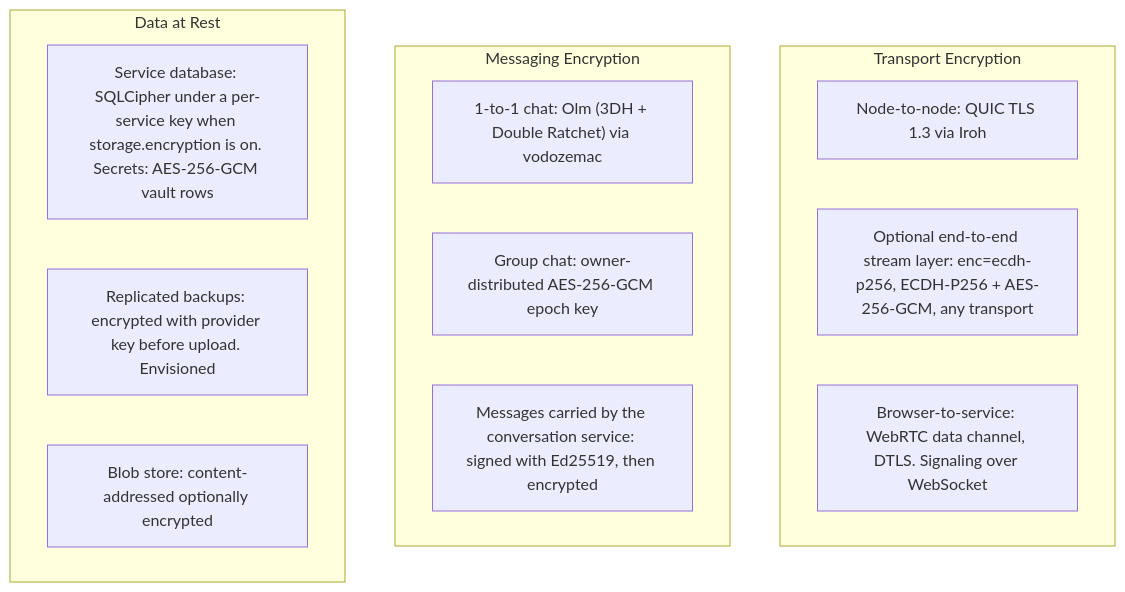
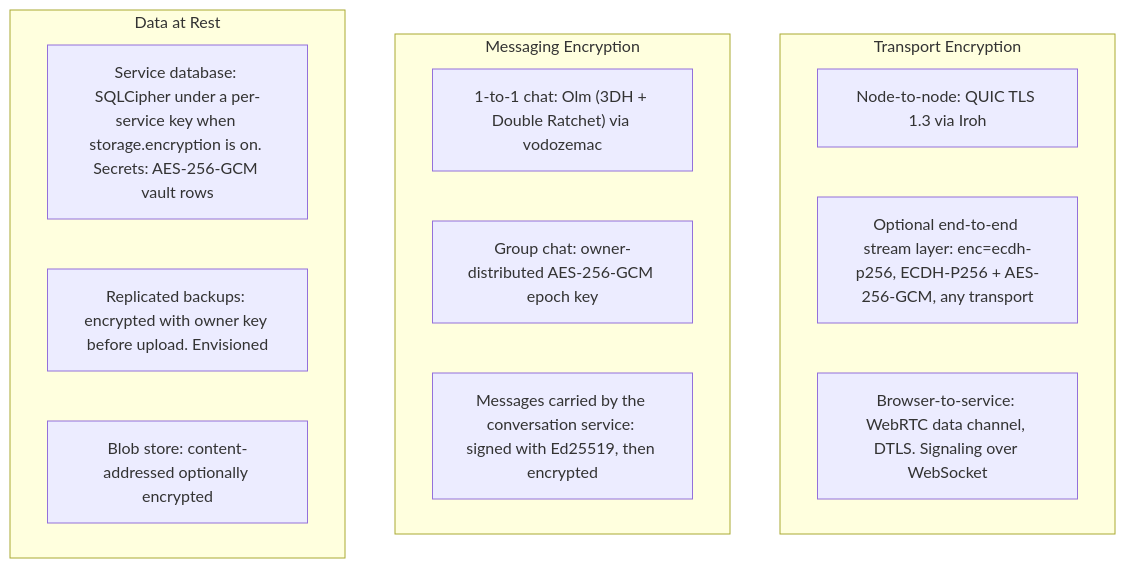
One commit to syneroym/syneroym changed diagram 22 of 23 in docs/system-architecture.md. Above: the diagram before and after it, drawn with Mermaid. The commit also changed other lines of this file and 106 other files, not shown here.

````diff
--- a/docs/system-architecture.md
+++ b/docs/system-architecture.md
@@ -1598,20 +1598,20 @@
 ```mermaid
 flowchart TD
     subgraph TRANSPORT["Transport Encryption"]
         T1[Node-to-node: QUIC TLS 1.3 via Iroh]
         T2[Optional end-to-end stream layer: enc=ecdh-p256, ECDH-P256 + AES-256-GCM, any transport]
         T3[Browser-to-service: WebRTC data channel, DTLS. Signaling over WebSocket]
     end
 
     subgraph MESSAGING_ENC["Messaging Encryption"]
         M1["1-to-1 chat: Olm (3DH + Double Ratchet) via vodozemac"]
         M2[Group chat: owner-distributed AES-256-GCM epoch key]
         M3[Messages carried by the conversation service: signed with Ed25519, then encrypted]
     end
 
     subgraph AT_REST["Data at Rest"]
         R1[Service database: SQLCipher under a per-service key when storage.encryption is on. Secrets: AES-256-GCM vault rows]
-        R2[Replicated backups: encrypted with provider key before upload. Envisioned]
+        R2[Replicated backups: encrypted with owner key before upload. Envisioned]
         R3[Blob store: content-addressed optionally encrypted]
     end
 ```
````
